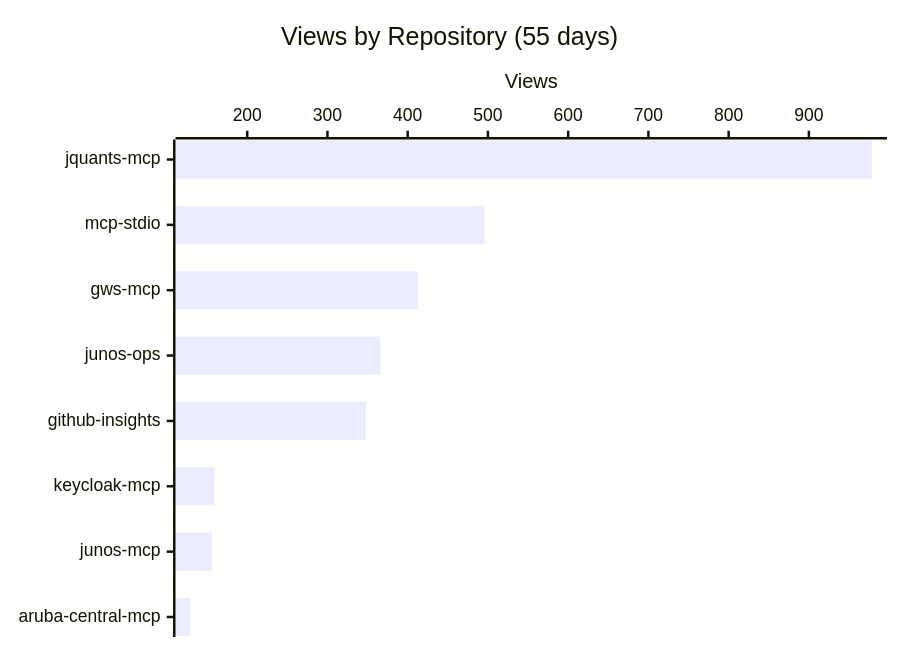
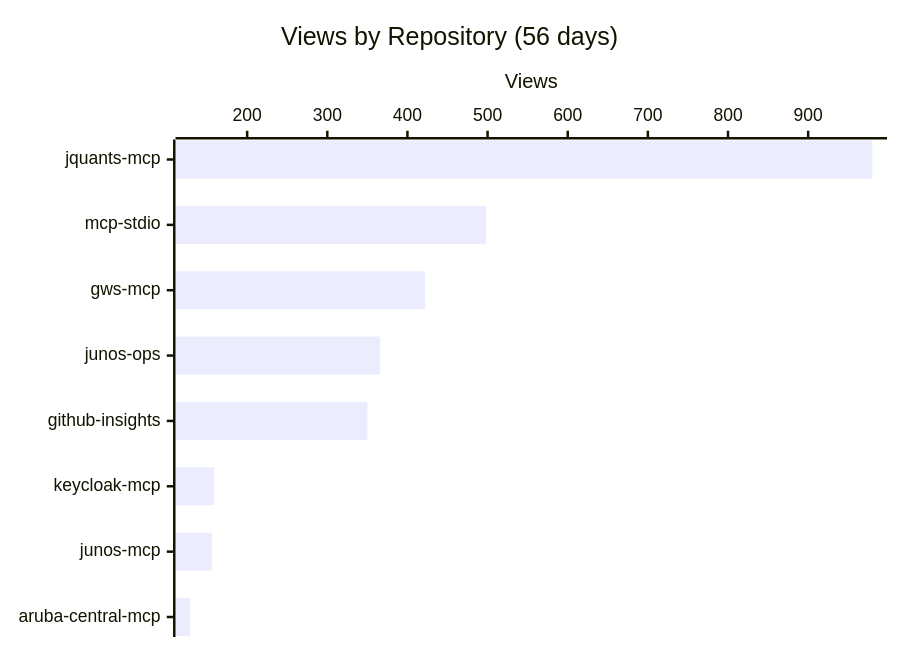
Before and after one commit to shigechika/github-insights: the first of 3 diagrams in README.md, drawn with Mermaid. The commit also changed other lines of this file and 2 other files, not shown here.

````diff
--- a/README.md
+++ b/README.md
@@ -18,7 +18,7 @@
 ```mermaid
 xychart-beta horizontal
-    title "Views by Repository (55 days)"
+    title "Views by Repository (56 days)"
     x-axis ["jquants-mcp", "mcp-stdio", "gws-mcp", "junos-ops", "github-insights", "keycloak-mcp", "junos-mcp", "aruba-central-mcp"]
     y-axis "Views"
-    bar [979, 496, 413, 366, 348, 159, 156, 129]
+    bar [980, 498, 422, 366, 350, 159, 156, 129]
 ```
````
